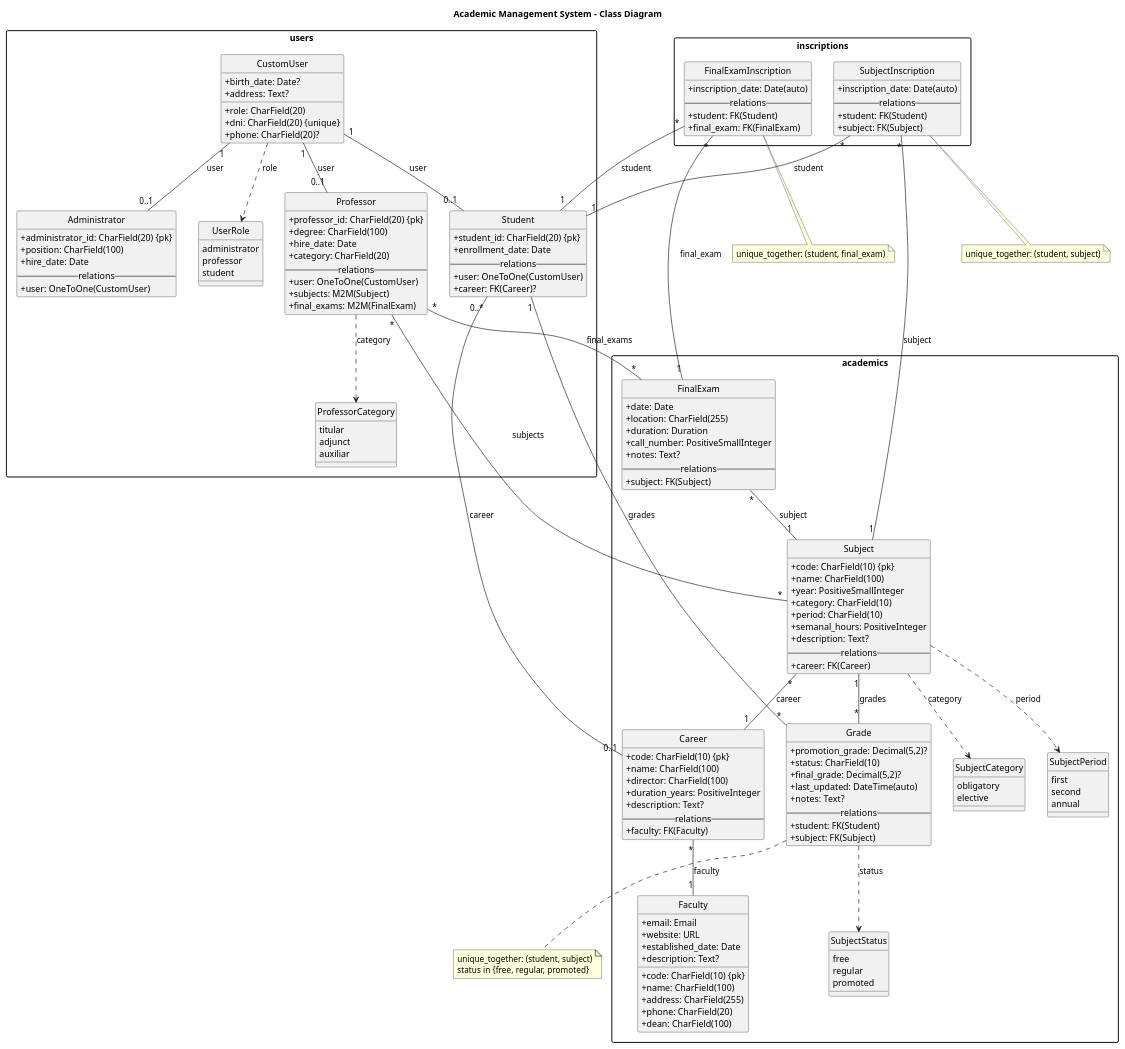
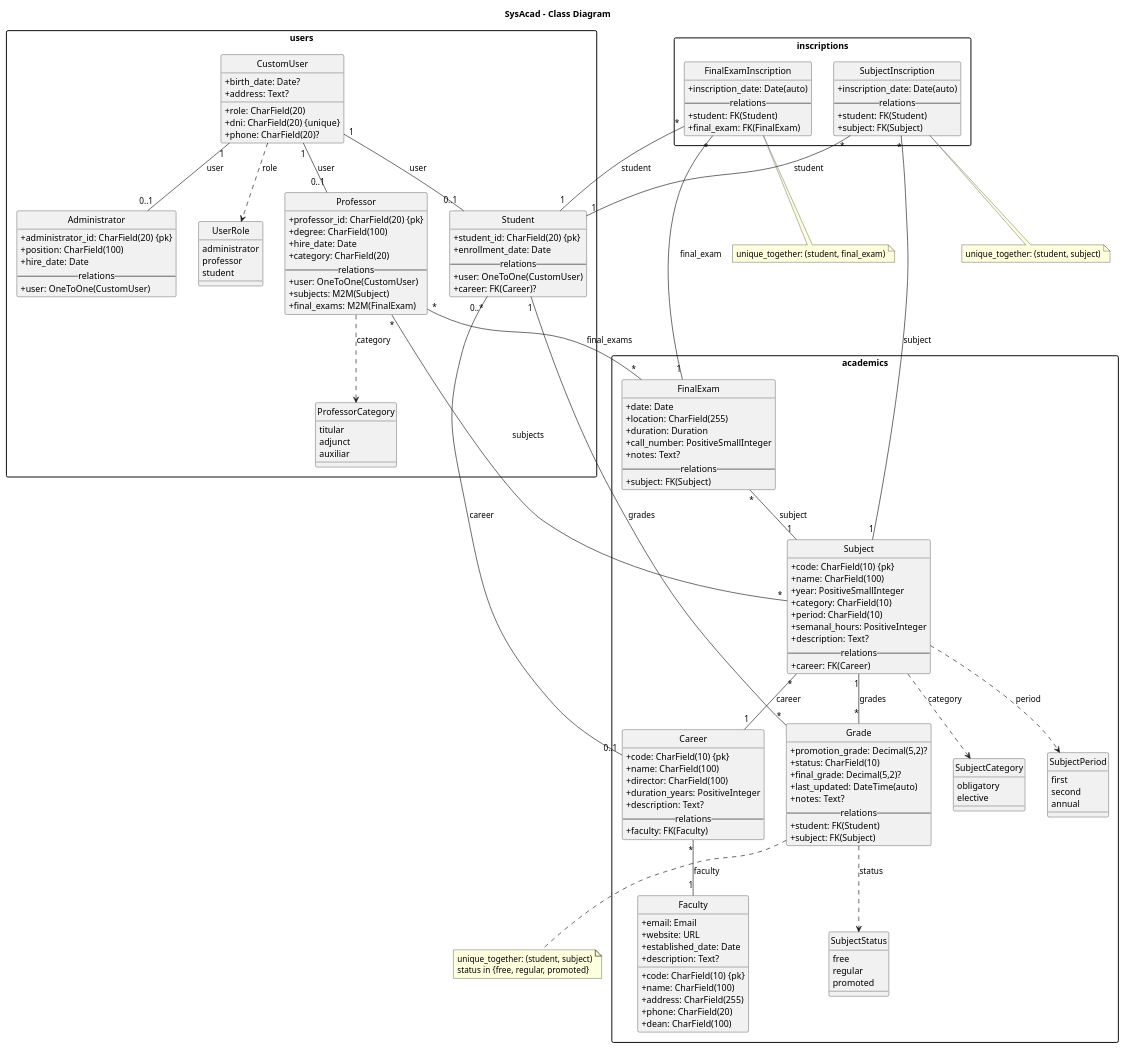
Before and after one commit to valerubio7/project-SysAcad-Rubio: the diagram in docs/class_diagram_extended.puml, drawn with PlantUML. The commit also changed 4 other files, not shown here.

Commit message:
refactor: update project references from 'AMS' to 'SysAcad' and adjust database name in configuration

```diff
--- a/docs/class_diagram_extended.puml
+++ b/docs/class_diagram_extended.puml
@@ -1,193 +1,193 @@
 @startuml extended
 skinparam classAttributeIconSize 0
 skinparam packageStyle rectangle
 hide circle
 
-title Academic Management System - Class Diagram
+title SysAcad - Class Diagram
 
 package users {
   class CustomUser {
     +role: CharField(20)
     +dni: CharField(20) {unique}
     +phone: CharField(20)?
     +birth_date: Date?
     +address: Text?
   }
 
   class Student {
     +student_id: CharField(20) {pk}
     +enrollment_date: Date
     -- relations --
     +user: OneToOne(CustomUser)
     +career: FK(Career)?
   }
 
   class Professor {
     +professor_id: CharField(20) {pk}
     +degree: CharField(100)
     +hire_date: Date
     +category: CharField(20)
     -- relations --
     +user: OneToOne(CustomUser)
     +subjects: M2M(Subject)
     +final_exams: M2M(FinalExam)
   }
 
   class Administrator {
     +administrator_id: CharField(20) {pk}
     +position: CharField(100)
     +hire_date: Date
     -- relations --
     +user: OneToOne(CustomUser)
   }
 
   enum UserRole {
     administrator
     professor
     student
   }
 
   enum ProfessorCategory {
     titular
     adjunct
     auxiliar
   }
 }
 
 package academics {
   class Faculty {
     +code: CharField(10) {pk}
     +name: CharField(100)
     +address: CharField(255)
     +phone: CharField(20)
     +email: Email
     +website: URL
     +dean: CharField(100)
     +established_date: Date
     +description: Text?
   }
 
   class Career {
     +code: CharField(10) {pk}
     +name: CharField(100)
     +director: CharField(100)
     +duration_years: PositiveInteger
     +description: Text?
     -- relations --
     +faculty: FK(Faculty)
   }
 
   class Subject {
     +code: CharField(10) {pk}
     +name: CharField(100)
     +year: PositiveSmallInteger
     +category: CharField(10)
     +period: CharField(10)
     +semanal_hours: PositiveInteger
     +description: Text?
     -- relations --
     +career: FK(Career)
   }
 
   enum SubjectCategory {
     obligatory
     elective
   }
 
   enum SubjectPeriod {
     first
     second
     annual
   }
 
   class FinalExam {
     +date: Date
     +location: CharField(255)
     +duration: Duration
     +call_number: PositiveSmallInteger
     +notes: Text?
     -- relations --
     +subject: FK(Subject)
   }
 
   class Grade {
     +promotion_grade: Decimal(5,2)?
     +status: CharField(10)
     +final_grade: Decimal(5,2)?
     +last_updated: DateTime(auto)
     +notes: Text?
     -- relations --
     +student: FK(Student)
     +subject: FK(Subject)
   }
 
   enum SubjectStatus {
     free
     regular
     promoted
   }
 }
 
 package inscriptions {
   class SubjectInscription {
     +inscription_date: Date(auto)
     -- relations --
     +student: FK(Student)
     +subject: FK(Subject)
   }
 
   class FinalExamInscription {
     +inscription_date: Date(auto)
     -- relations --
     +student: FK(Student)
     +final_exam: FK(FinalExam)
   }
 }
 
 ' One-to-one (User profiles)
 CustomUser "1" -- "0..1" Student : user
 CustomUser "1" -- "0..1" Professor : user
 CustomUser "1" -- "0..1" Administrator : user
 
 ' Academics hierarchy
 Career "*" -- "1" Faculty : faculty
 Subject "*" -- "1" Career : career
 FinalExam "*" -- "1" Subject : subject
 Student "0..*" -- "0..1" Career : career
 
 ' Many-to-many assignments
 Professor "*" -- "*" Subject : subjects
 Professor "*" -- "*" FinalExam : final_exams
 
 ' Grades (per student per subject)
 Student "1" -- "*" Grade : grades
 Subject "1" -- "*" Grade : grades
 
 ' Inscriptions
 SubjectInscription "*" -- "1" Student : student
 SubjectInscription "*" -- "1" Subject : subject
 FinalExamInscription "*" -- "1" Student : student
 FinalExamInscription "*" -- "1" FinalExam : final_exam
 
 ' Notes and constraints
 note bottom of Grade
   unique_together: (student, subject)
   status in {free, regular, promoted}
 end note
 
 note bottom of SubjectInscription
   unique_together: (student, subject)
 end note
 
 note bottom of FinalExamInscription
   unique_together: (student, final_exam)
 end note
 
 ' Enum dependencies
 CustomUser ..> UserRole : role
 Professor ..> ProfessorCategory : category
 Subject ..> SubjectCategory : category
 Subject ..> SubjectPeriod : period
 Grade ..> SubjectStatus : status
 
 @enduml
```
